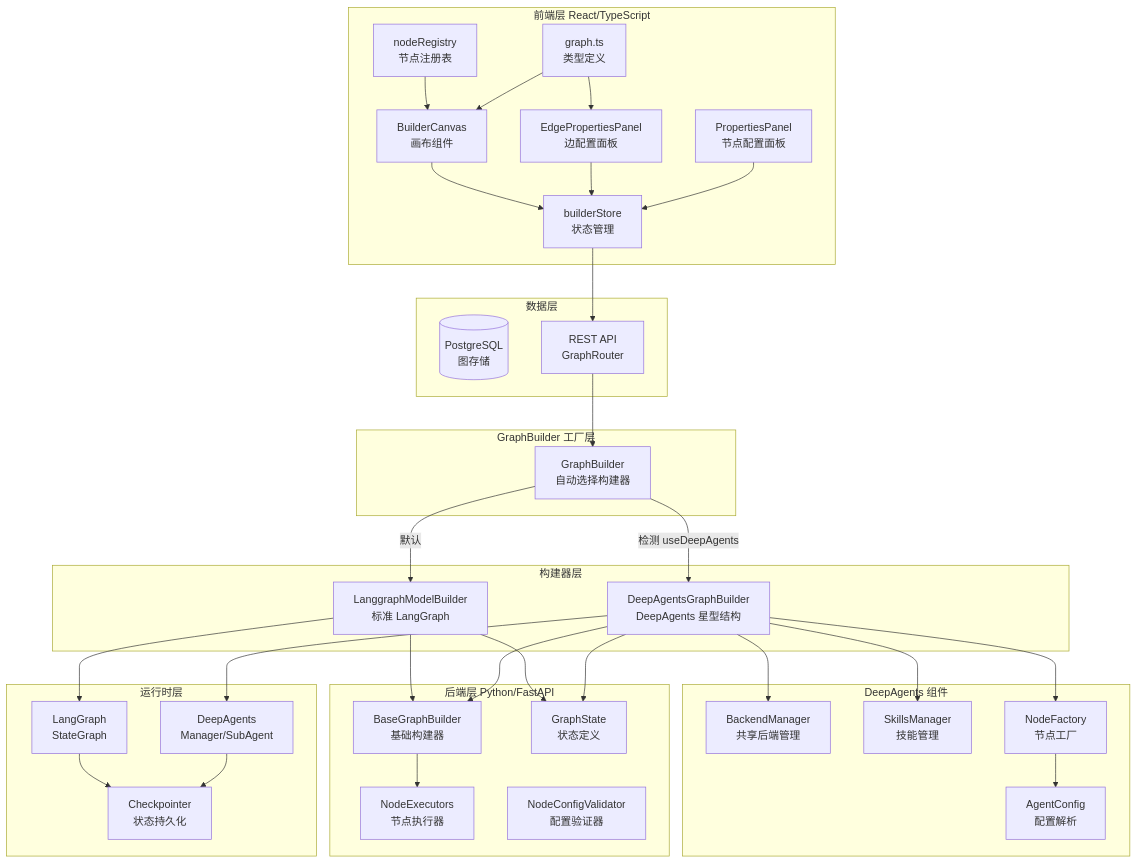
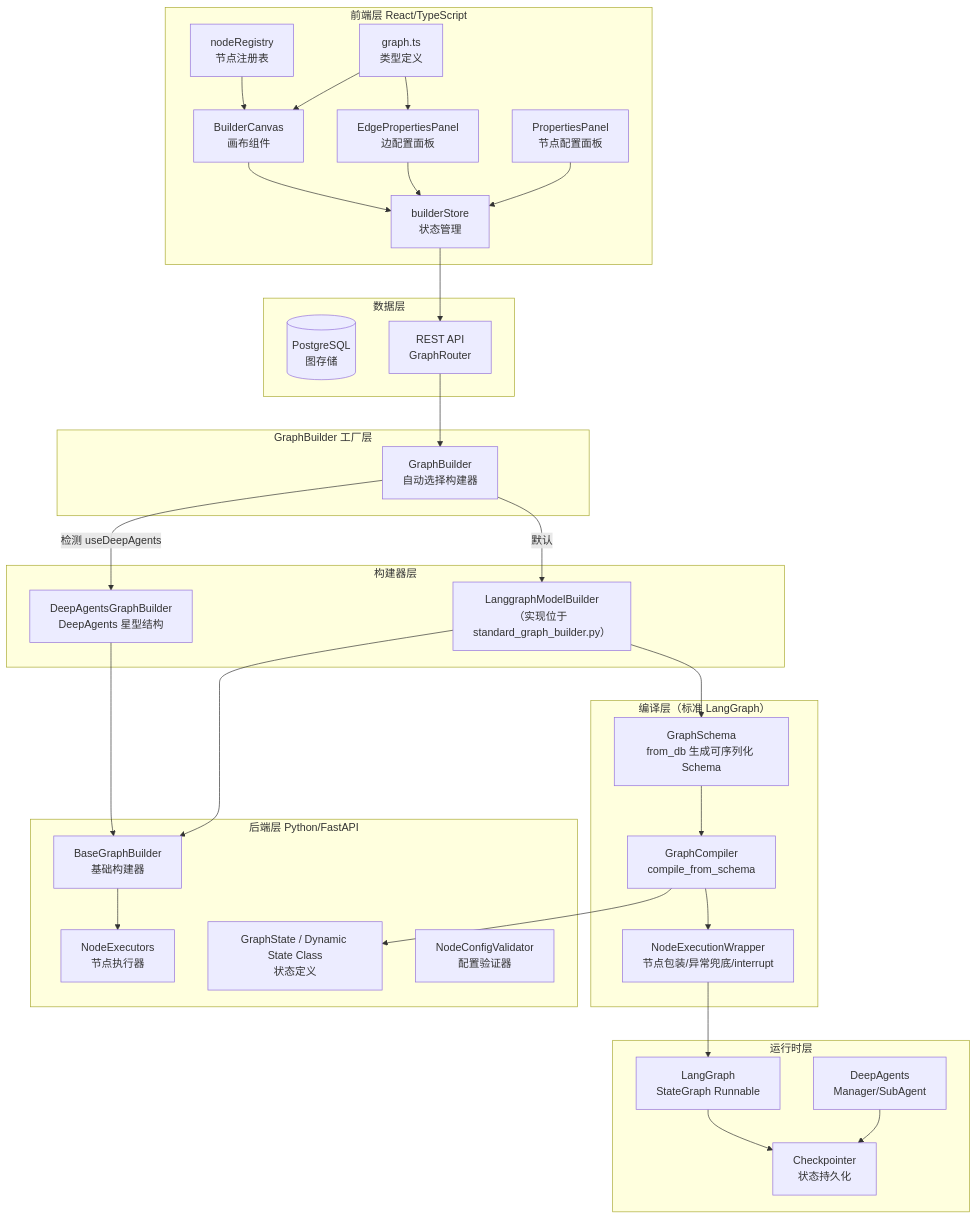
Before and after one commit to jd-opensource/JoySafeter: the first of 10 diagrams in docs/GRAPH_BUILDER_ARCHITECTURE.md, drawn with Mermaid. The commit also changed other lines of this file and 7 other files, not shown here.

````diff
--- a/docs/GRAPH_BUILDER_ARCHITECTURE.md
+++ b/docs/GRAPH_BUILDER_ARCHITECTURE.md
@@ -26,69 +26,68 @@
 ```mermaid
 flowchart TB
     subgraph Frontend["前端层 React/TypeScript"]
         UI[BuilderCanvas<br/>画布组件]
         Store[builderStore<br/>状态管理]
         Registry[nodeRegistry<br/>节点注册表]
         EdgePanel[EdgePropertiesPanel<br/>边配置面板]
         PropsPanel[PropertiesPanel<br/>节点配置面板]
         Types[graph.ts<br/>类型定义]
     end
 
     subgraph Factory["GraphBuilder 工厂层"]
         GB[GraphBuilder<br/>自动选择构建器]
     end
 
     subgraph Builders["构建器层"]
-        LGB[LanggraphModelBuilder<br/>标准 LangGraph]
+        SGB[LanggraphModelBuilder<br/>（实现位于 standard_graph_builder.py）]
         DAGB[DeepAgentsGraphBuilder<br/>DeepAgents 星型结构]
     end
 
-    subgraph DeepAgents["DeepAgents 组件"]
-        BM[BackendManager<br/>共享后端管理]
-        SM[SkillsManager<br/>技能管理]
-        NF[NodeFactory<br/>节点工厂]
-        AC[AgentConfig<br/>配置解析]
+    subgraph Compiler["编译层（标准 LangGraph）"]
+        Schema[GraphSchema<br/>from_db 生成可序列化 Schema]
+        CompilerCore[GraphCompiler<br/>compile_from_schema]
+        Wrapper[NodeExecutionWrapper<br/>节点包装/异常兜底/interrupt]
     end
 
     subgraph Backend["后端层 Python/FastAPI"]
         BaseBuilder[BaseGraphBuilder<br/>基础构建器]
         Executors[NodeExecutors<br/>节点执行器]
-        State[GraphState<br/>状态定义]
+        State[GraphState / Dynamic State Class<br/>状态定义]
         Validator[NodeConfigValidator<br/>配置验证器]
     end
 
     subgraph Runtime["运行时层"]
-        LG[LangGraph<br/>StateGraph]
+        LG[LangGraph<br/>StateGraph Runnable]
         DA[DeepAgents<br/>Manager/SubAgent]
         Checkpointer[Checkpointer<br/>状态持久化]
     end
 
     subgraph Data["数据层"]
         DB[(PostgreSQL<br/>图存储)]
         API[REST API<br/>GraphRouter]
     end
 
     UI --> Store
     Store --> API
     API --> GB
     GB -->|检测 useDeepAgents| DAGB
-    GB -->|默认| LGB
-    DAGB --> BM
-    DAGB --> SM
-    DAGB --> NF
-    NF --> AC
-    LGB --> BaseBuilder
+    GB -->|默认| SGB
+
+    SGB --> Schema
+    Schema --> CompilerCore
+    CompilerCore --> Wrapper
+    Wrapper --> LG
+
     DAGB --> BaseBuilder
+    SGB --> BaseBuilder
     BaseBuilder --> Executors
-    LGB --> State
-    DAGB --> State
-    LGB --> LG
-    DAGB --> DA
+    CompilerCore --> State
     LG --> Checkpointer
     DA --> Checkpointer
+
     Registry --> UI
     EdgePanel --> Store
     PropsPanel --> Store
     Types --> UI
     Types --> EdgePanel
 ```
````
